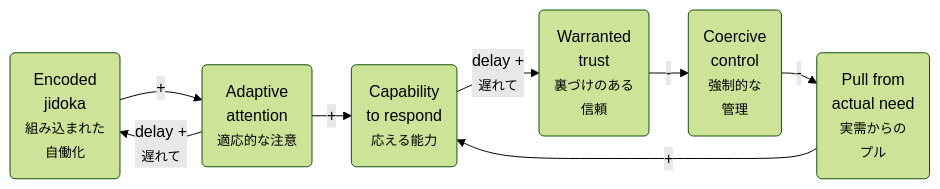
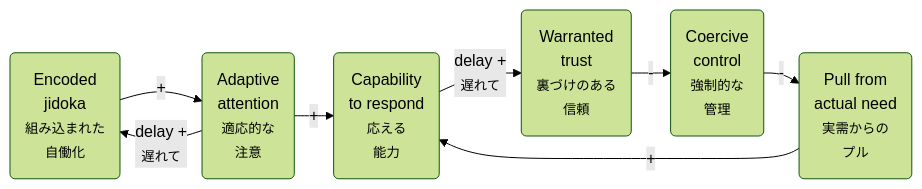
The second of 3 diagrams in slides/tps-and-ai/slides.md (terryyin/terry-talks), drawn with Mermaid (forest theme) before and after one commit. The commit also changed other lines of this file, not shown here.

````diff
--- a/slides/tps-and-ai/slides.md
+++ b/slides/tps-and-ai/slides.md
@@ -974,18 +974,18 @@
 ```mermaid {scale: 0.75}
 %%{init: {'flowchart': {'rankSpacing': 30, 'nodeSpacing': 25}}}%%
 flowchart LR
   EJ(Encoded<br>jidoka<br><small>組み込まれた<br>自働化</small>)
-  AA(Adaptive<br>attention<br><small>適応的な注意</small>)
-  CAP(Capability<br>to respond<br><small>応える能力</small>)
+  AA(Adaptive<br>attention<br><small>適応的な<br>注意</small>)
+  CAP(Capability<br>to respond<br><small>応える<br>能力</small>)
   WT(Warranted<br>trust<br><small>裏づけのある<br>信頼</small>)
   CC(Coercive<br>control<br><small>強制的な<br>管理</small>)
   PULL(Pull from<br>actual need<br><small>実需からの<br>プル</small>)
 
   EJ -->|"+"| AA
   AA -->|"delay +<br><small>遅れて</small>"| EJ
   AA -->|"+"| CAP
   CAP -->|"delay +<br><small>遅れて</small>"| WT
   WT -->|"-"| CC
   CC -->|"-"| PULL
   PULL -->|"+"| CAP
 ```
````
